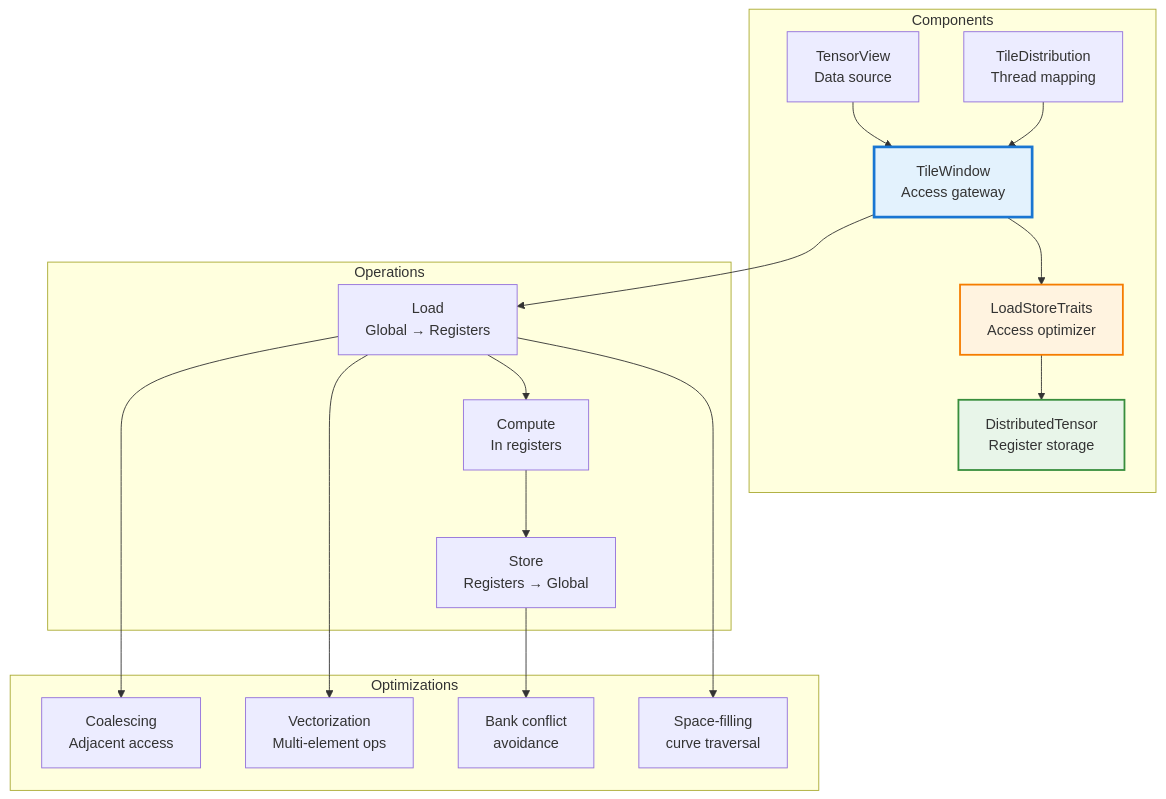
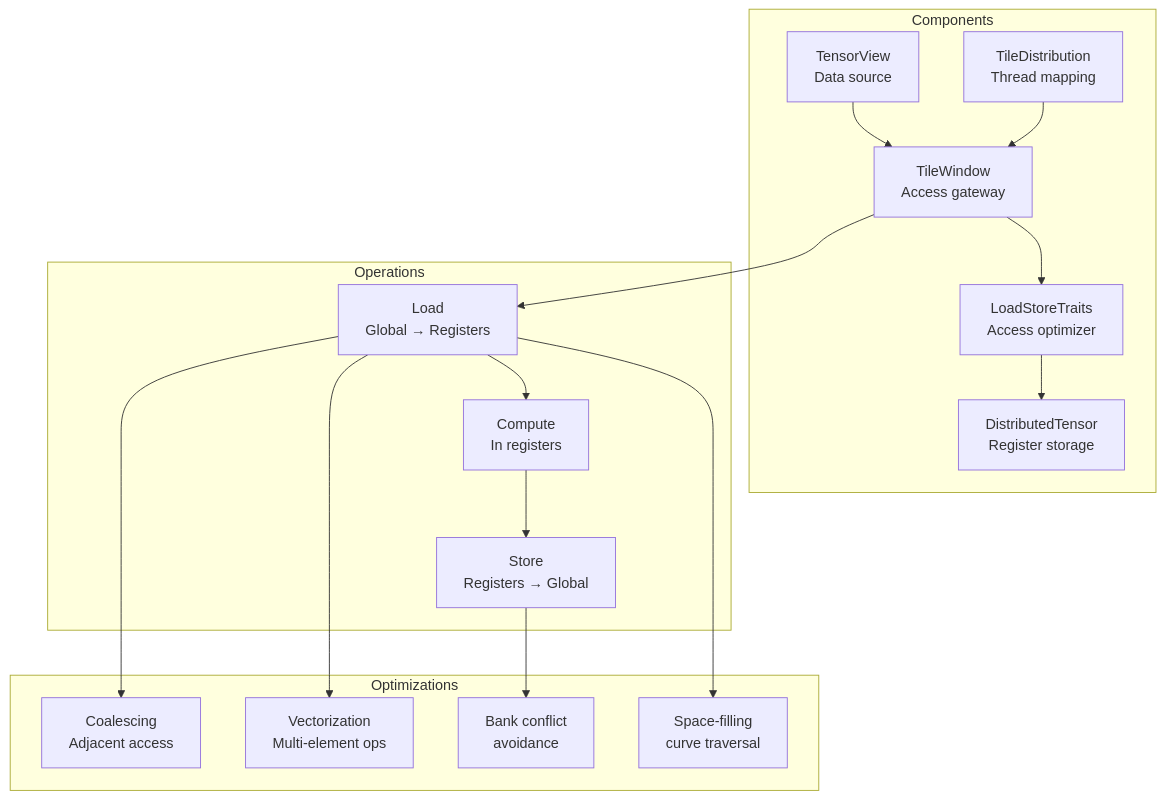
Before and after one commit to hdt98/rocm-libraries: the first of 5 diagrams in projects/composablekernel/docs/conceptual/ck_tile/tile_window.rst, drawn with Mermaid. The commit also changed other lines of this file and 21 other files, not shown here.

First line of the commit message:
[ck] Updated CK Tile documentation to use mermaid diagrams (#7955)

```diff
--- a/projects/composablekernel/docs/conceptual/ck_tile/tile_window.rst
+++ b/projects/composablekernel/docs/conceptual/ck_tile/tile_window.rst
@@ -19,41 +16,37 @@
-   .. mermaid::
-   
-      graph TB
-          subgraph "Components"
-              TV["TensorView<br/>Data source"]
-              TD["TileDistribution<br/>Thread mapping"]
-              TW["TileWindow<br/>Access gateway"]
-              LT["LoadStoreTraits<br/>Access optimizer"]
-              DT["DistributedTensor<br/>Register storage"]
-          end
-          
-          subgraph "Operations"
-              Load["Load<br/>Global → Registers"]
-              Compute["Compute<br/>In registers"]
-              Store["Store<br/>Registers → Global"]
-          end
-          
-          subgraph "Optimizations"
-              Coal["Coalescing<br/>Adjacent access"]
-              Vec["Vectorization<br/>Multi-element ops"]
-              Bank["Bank conflict<br/>avoidance"]
-              SFC["Space-filling<br/>curve traversal"]
-          end
-          
-          TV --> TW
-          TD --> TW
-          TW --> LT
-          LT --> DT
-          
-          TW --> Load
-          Load --> Compute
-          Compute --> Store
-          
-          Load --> Coal
-          Load --> Vec
-          Load --> SFC
-          Store --> Bank
-          
-          style TW fill:#e3f2fd,stroke:#1976d2,stroke-width:3px
-          style LT fill:#fff3e0,stroke:#f57c00,stroke-width:2px
-          style DT fill:#e8f5e9,stroke:#388e3c,stroke-width:2px
+.. mermaid::
+
+   graph TB
+       subgraph "Components"
+           TV["TensorView<br/>Data source"]
+           TD["TileDistribution<br/>Thread mapping"]
+           TW["TileWindow<br/>Access gateway"]
+           LT["LoadStoreTraits<br/>Access optimizer"]
+           DT["DistributedTensor<br/>Register storage"]
+       end
+
+       subgraph "Operations"
+           Load["Load<br/>Global → Registers"]
+           Compute["Compute<br/>In registers"]
+           Store["Store<br/>Registers → Global"]
+       end
+
+       subgraph "Optimizations"
+           Coal["Coalescing<br/>Adjacent access"]
+           Vec["Vectorization<br/>Multi-element ops"]
+           Bank["Bank conflict<br/>avoidance"]
+           SFC["Space-filling<br/>curve traversal"]
+       end
+
+       TV --> TW
+       TD --> TW
+       TW --> LT
+       LT --> DT
+
+       TW --> Load
+       Load --> Compute
+       Compute --> Store
+
+       Load --> Coal
+       Load --> Vec
+       Load --> SFC
+       Store --> Bank
```
